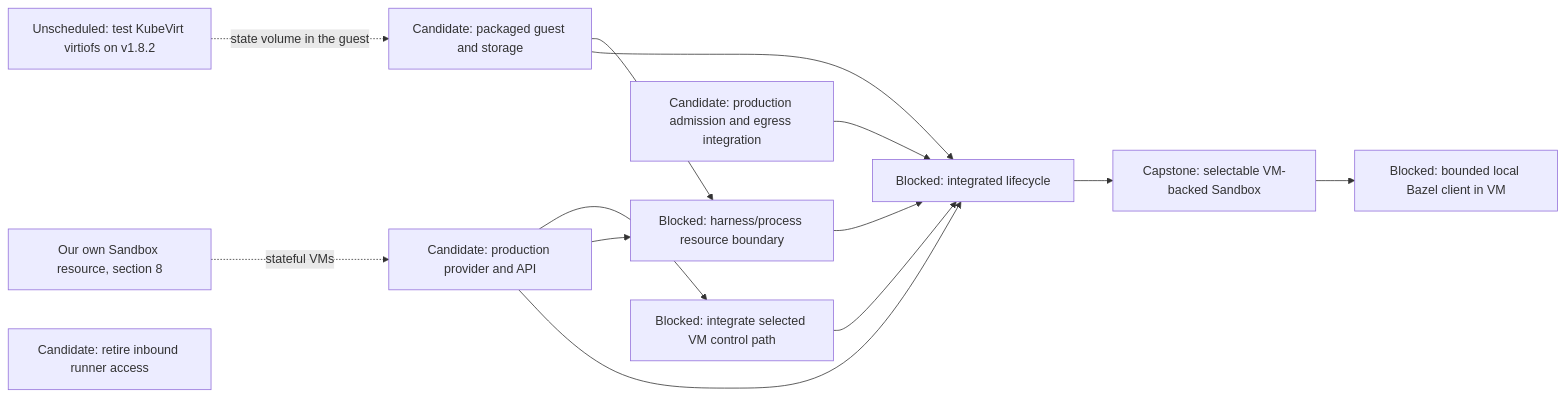
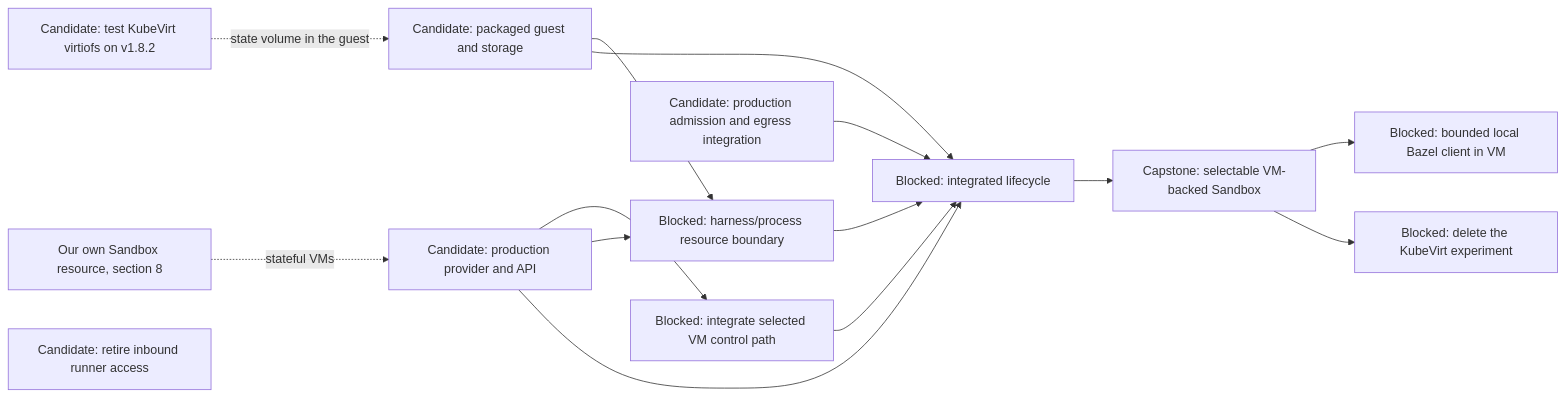
The sixth of 14 diagrams in agentplane/plans/task_dag.md (agentydragon-agent/ducktape), drawn with Mermaid before and after one commit. The commit also changed other lines of this file and 1 other file, not shown here.

````diff
--- a/agentplane/plans/task_dag.md
+++ b/agentplane/plans/task_dag.md
@@ -343,24 +343,25 @@
 ```mermaid
 flowchart LR
     VM_CONTROL_NETWORKING[Blocked: integrate selected VM control path]
     VM_IMAGE[Candidate: packaged guest and storage]
     VM_PROVIDER[Candidate: production provider and API]
-    VM_VIRTIOFS[Unscheduled: test KubeVirt virtiofs on v1.8.2]
+    VM_VIRTIOFS[Candidate: test KubeVirt virtiofs on v1.8.2]
     AGENTPLANE_SANDBOX_RESOURCE[Our own Sandbox resource, section 8]
     VM_EGRESS[Candidate: production admission and egress integration]
     VM_PROCESS_ISOLATION[Blocked: harness/process resource boundary]
     VM_LIFECYCLE[Blocked: integrated lifecycle]
     RUNNER_INBOUND_RETIRE[Candidate: retire inbound runner access]
     VM_PROVIDER --> VM_CONTROL_NETWORKING
     AGENTPLANE_SANDBOX_RESOURCE -. stateful VMs .-> VM_PROVIDER
     VM_VIRTIOFS -. state volume in the guest .-> VM_IMAGE
     VM_CONTROL_NETWORKING --> VM_LIFECYCLE
     VM_IMAGE --> VM_PROCESS_ISOLATION
     VM_PROVIDER --> VM_PROCESS_ISOLATION
     VM_IMAGE --> VM_LIFECYCLE
     VM_PROVIDER --> VM_LIFECYCLE
     VM_EGRESS --> VM_LIFECYCLE
     VM_PROCESS_ISOLATION --> VM_LIFECYCLE
     VM_LIFECYCLE --> SANDBOX_VM_ISOLATION[Capstone: selectable VM-backed Sandbox]
     SANDBOX_VM_ISOLATION --> LOCAL_BAZEL[Blocked: bounded local Bazel client in VM]
+    SANDBOX_VM_ISOLATION --> KUBEVIRT_EXPERIMENT_RETIRE[Blocked: delete the KubeVirt experiment]
 ```
````
